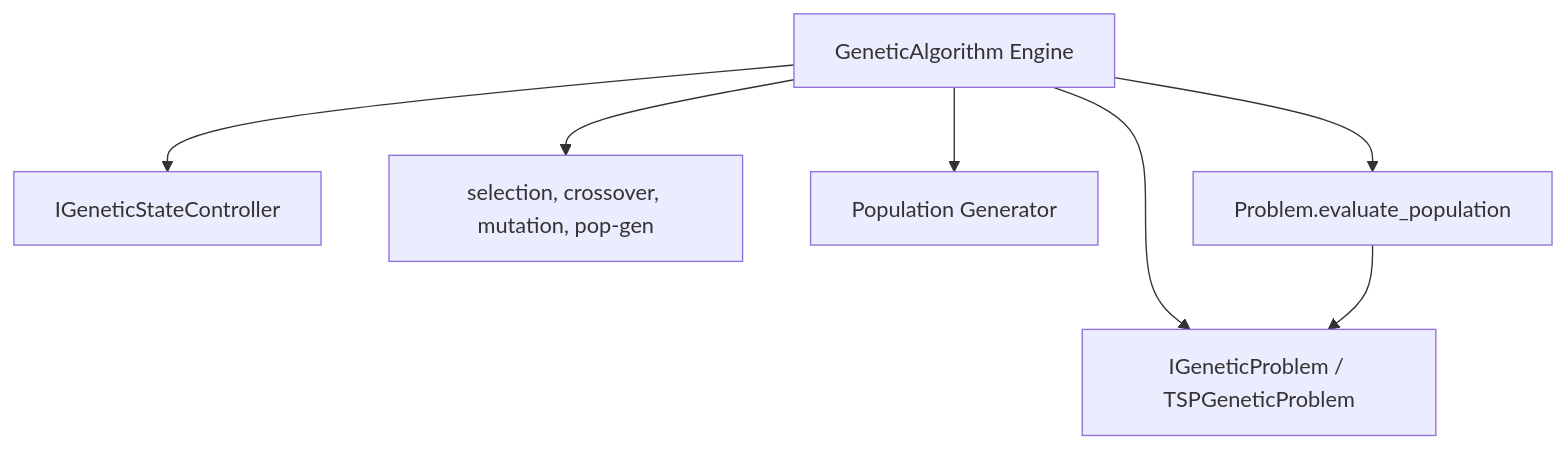
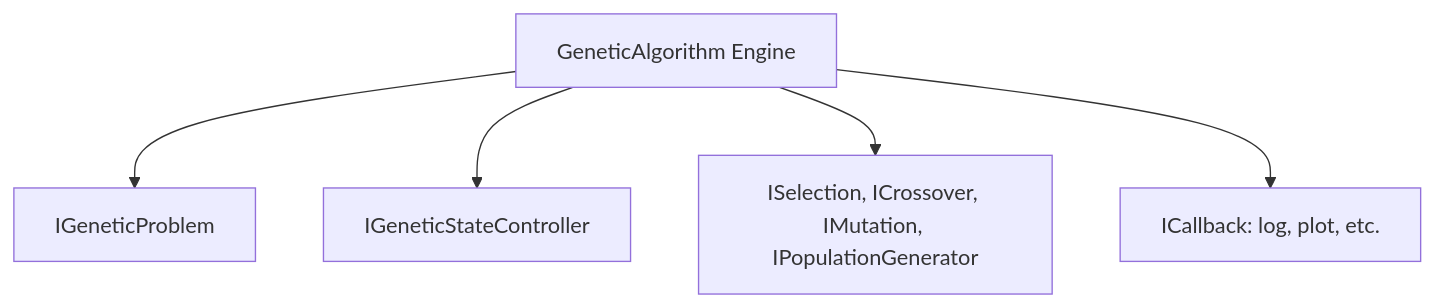
The third of 4 diagrams in architecture.md (luizaaca/api_best_route), drawn with Mermaid before and after one commit.

Commit message:
docs: update architecture diagram for genetic algorithm components

````diff
--- a/architecture.md
+++ b/architecture.md
@@ -116,9 +116,7 @@
 ```mermaid
 flowchart TB
-	GAEngine["GeneticAlgorithm Engine"] --> ProblemAdapter["IGeneticProblem / TSPGeneticProblem"]
+	GAEngine["GeneticAlgorithm Engine"] --> ProblemAdapter["IGeneticProblem"]
 	GAEngine --> StateController["IGeneticStateController"]
-	GAEngine --> Operators["selection, crossover, mutation, pop-gen"]
-	GAEngine --> Population["Population Generator"]
-	GAEngine --> Evaluator["Problem.evaluate_population"]
-	Evaluator --> ProblemAdapter
+	GAEngine --> Operators["ISelection, ICrossover, IMutation, IPopulationGenerator"]
+    GAEngine --> Callback[ICallback: log, plot, etc.]
 ```
````
